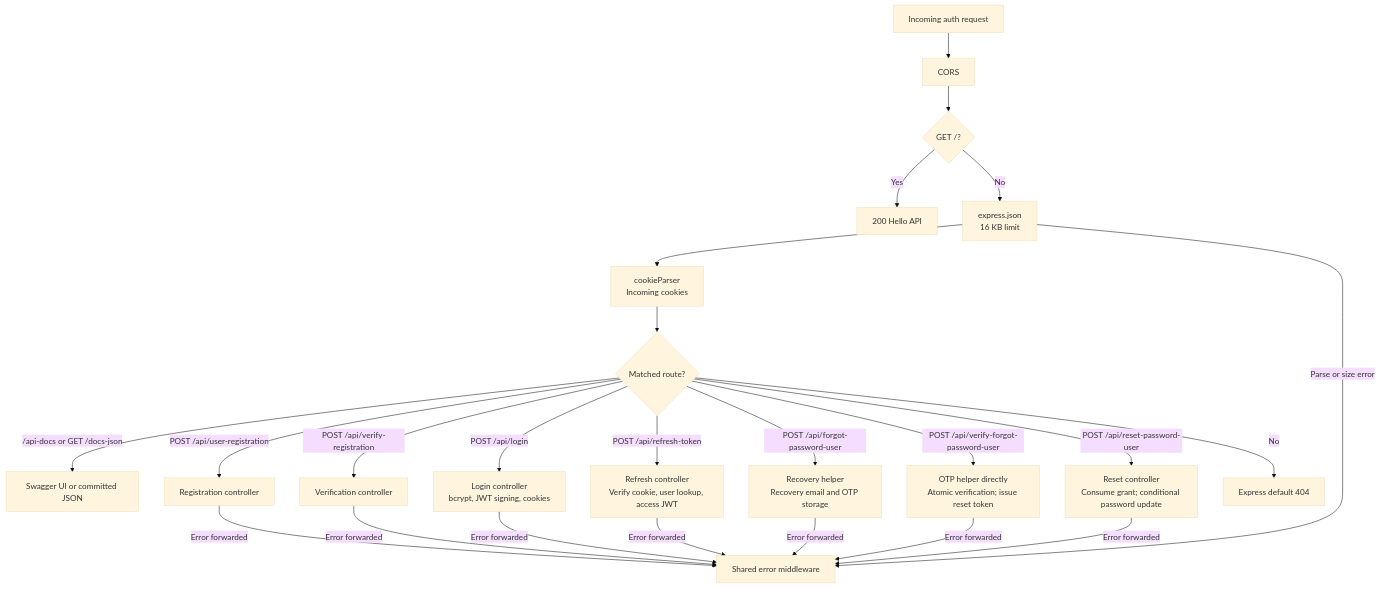
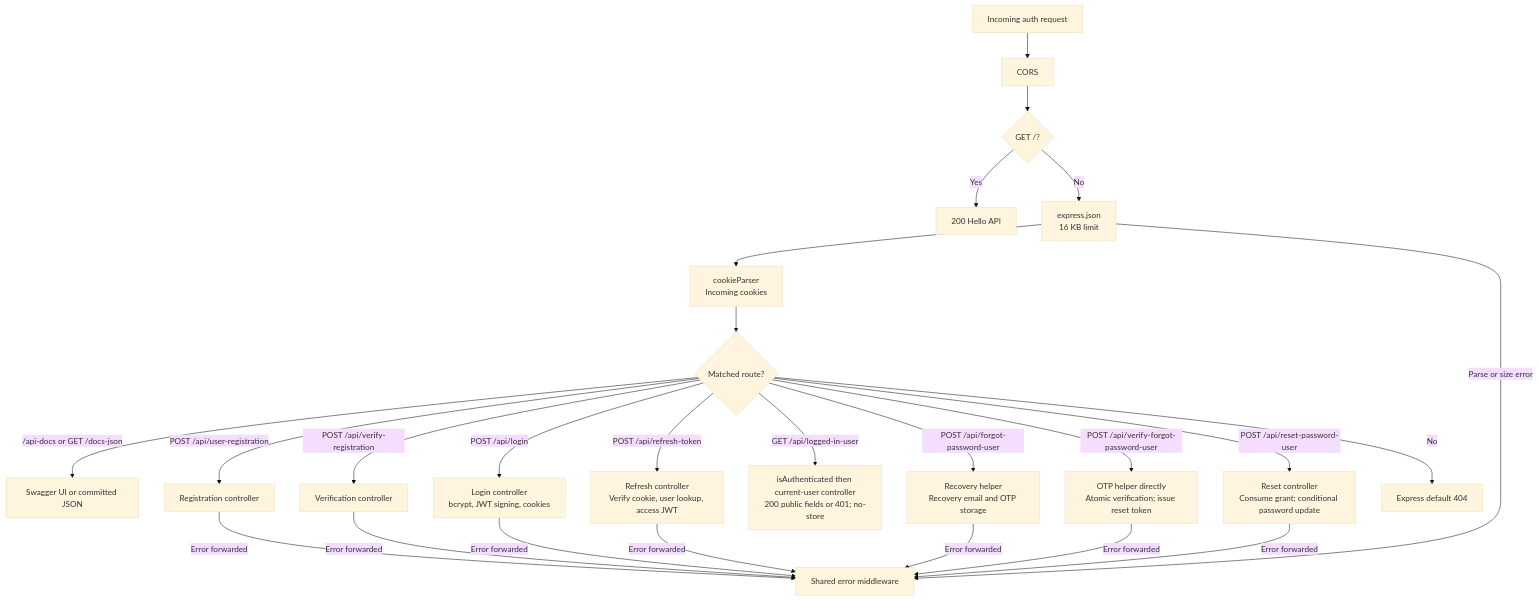
One commit to Kruskal892/Microservice-SaaS-E-commerce changed the second of 9 diagrams in docs/architecture/request-flows.md. Above: the diagram before and after it, drawn with Mermaid (base theme). The commit also changed other lines of this file and 45 other files, not shown here.

Commit message:
feat: add protected current-user endpoint and session-aware header/profile

````diff
--- a/docs/architecture/request-flows.md
+++ b/docs/architecture/request-flows.md
@@ -49,26 +49,27 @@
 ```mermaid
 flowchart TD
     Request["Incoming auth request"] --> CORS["CORS"]
     CORS --> Root{"GET /?"}
     Root -->|Yes| Greeting["200 Hello API"]
     Root -->|No| JSON["express.json<br/>16 KB limit"]
     JSON --> Cookies["cookieParser<br/>Incoming cookies"]
     Cookies --> Route{"Matched route?"}
     Route -->|"/api-docs or GET /docs-json"| Swagger["Swagger UI or committed JSON"]
     Route -->|"POST /api/user-registration"| Registration["Registration controller"]
     Route -->|"POST /api/verify-registration"| Verification["Verification controller"]
     Route -->|"POST /api/login"| Login["Login controller<br/>bcrypt, JWT signing, cookies"]
     Route -->|"POST /api/refresh-token"| Refresh["Refresh controller<br/>Verify cookie, user lookup, access JWT"]
+    Route -->|"GET /api/logged-in-user"| CurrentUser["isAuthenticated then current-user controller<br/>200 public fields or 401; no-store"]
     Route -->|"POST /api/forgot-password-user"| Forgot["Recovery helper<br/>Recovery email and OTP storage"]
     Route -->|"POST /api/verify-forgot-password-user"| RecoveryOTP["OTP helper directly<br/>Atomic verification; issue reset token"]
     Route -->|"POST /api/reset-password-user"| Reset["Reset controller<br/>Consume grant; conditional password update"]
     Route -->|No| Missing["Express default 404"]
     JSON -->|Parse or size error| Errors["Shared error middleware"]
     Registration -->|Error forwarded| Errors
     Verification -->|Error forwarded| Errors
     Login -->|Error forwarded| Errors
     Refresh -->|Error forwarded| Errors
     Forgot -->|Error forwarded| Errors
     RecoveryOTP -->|Error forwarded| Errors
     Reset -->|Error forwarded| Errors
 ```
````
